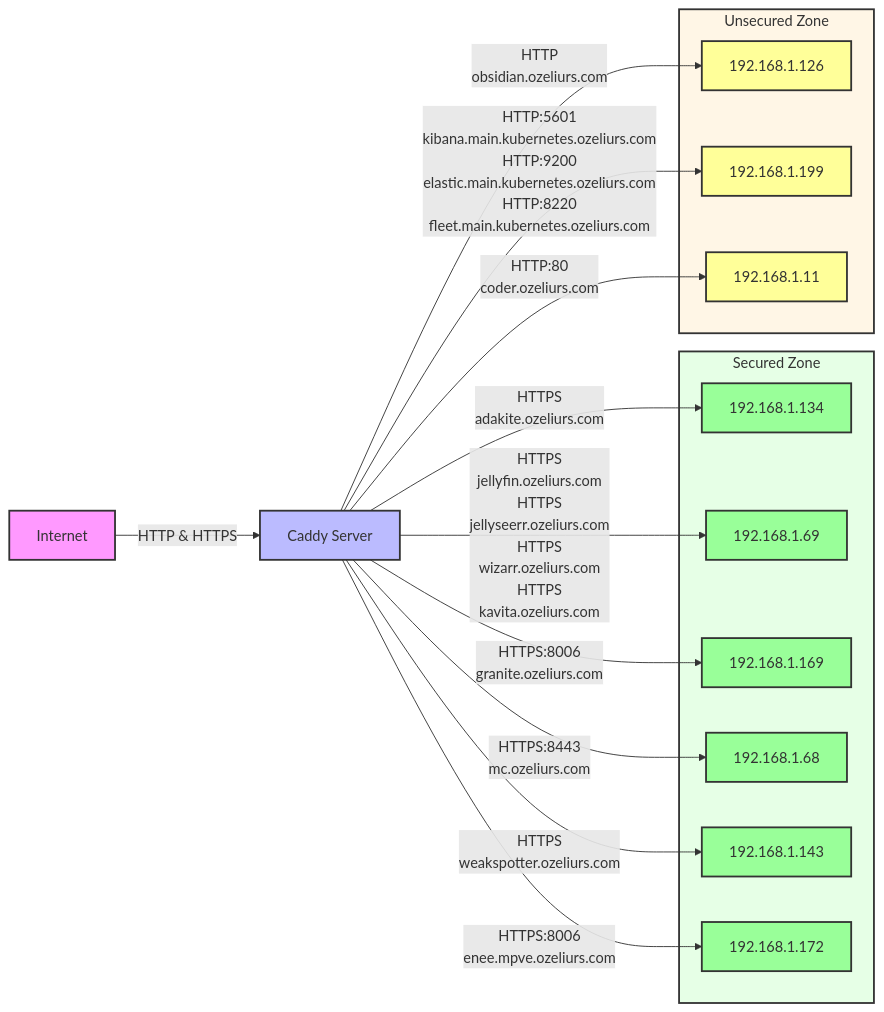
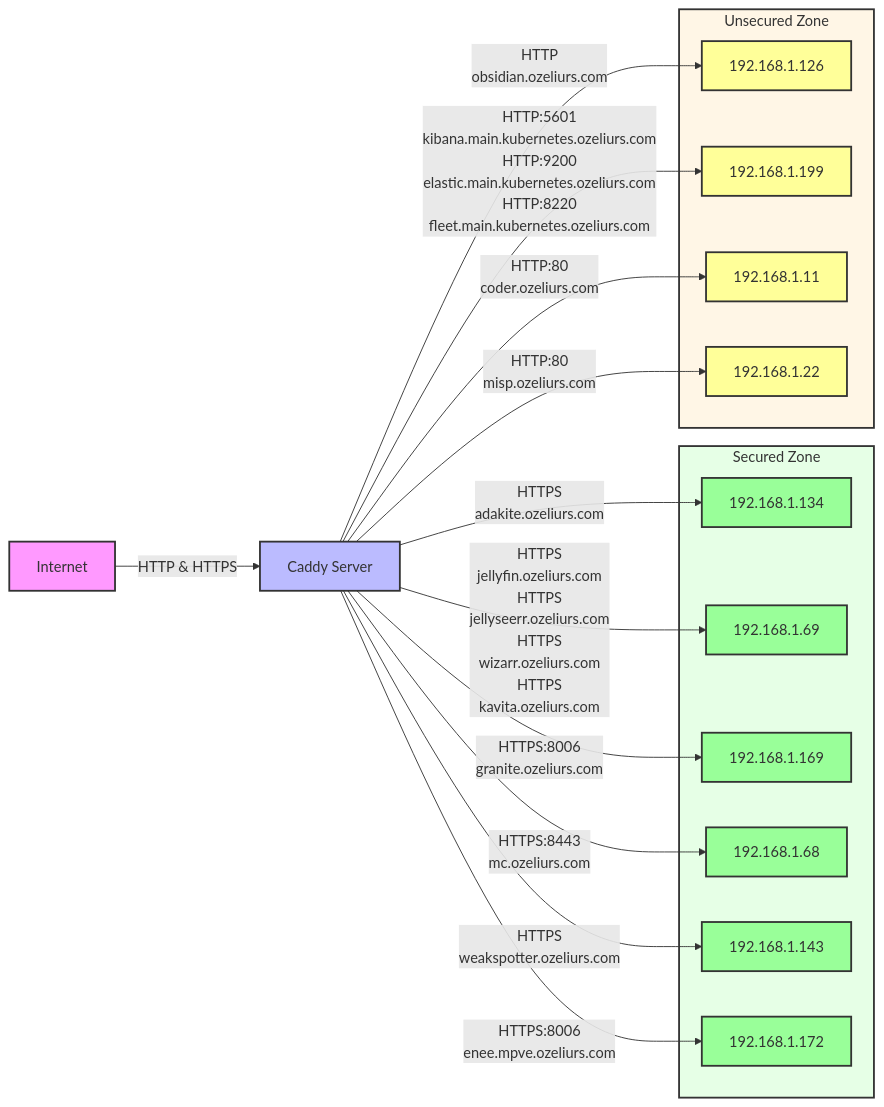
The diagram in README.md (ozeliurs/dc-reverse-proxy-config), drawn with Mermaid before and after one commit. The commit also changed 1 other file, not shown here.

Commit message:
Generate and update Caddyfile, Mermaid diagram, and Dockerfile

````diff
--- a/README.md
+++ b/README.md
@@ -34,57 +34,60 @@
 ```mermaid
 graph LR
     %% Style definitions
     classDef internet fill:#f9f,stroke:#333,stroke-width:2px;
     classDef proxy fill:#bbf,stroke:#333,stroke-width:2px;
     classDef backend fill:#bfb,stroke:#333,stroke-width:2px;
     classDef secure fill:#9f9,stroke:#333,stroke-width:2px;
     classDef unsecure fill:#ff9,stroke:#333,stroke-width:2px;
 
     %% Nodes
     I[Internet]
     C[Caddy Server]
 
     %% Apply styles
     class I internet
     class C proxy
 
     %% Base connections
     I -->|HTTP & HTTPS| C
 
     %% Backend groups
     subgraph Secured[Secured Zone]
         style Secured fill:#e6ffe6,stroke:#333,stroke-width:2px
         S0[192.168.1.134]
         class S0 secure
         S1[192.168.1.69]
         class S1 secure
         S2[192.168.1.169]
         class S2 secure
         S3[192.168.1.68]
         class S3 secure
         S4[192.168.1.143]
         class S4 secure
         S5[192.168.1.172]
         class S5 secure
     end
 
     subgraph Unsecured[Unsecured Zone]
         style Unsecured fill:#fff6e6,stroke:#333,stroke-width:2px
         U0[192.168.1.126]
         class U0 unsecure
         U1[192.168.1.199]
         class U1 unsecure
         U2[192.168.1.11]
         class U2 unsecure
+        U3[192.168.1.22]
+        class U3 unsecure
     end
 
     C -->|HTTPS<br>adakite.ozeliurs.com| S0
     C -->|HTTPS<br>jellyfin.ozeliurs.com<br>HTTPS<br>jellyseerr.ozeliurs.com<br>HTTPS<br>wizarr.ozeliurs.com<br>HTTPS<br>kavita.ozeliurs.com| S1
     C -->|HTTPS:8006<br>granite.ozeliurs.com| S2
     C -->|HTTPS:8443<br>mc.ozeliurs.com| S3
     C -->|HTTP<br>obsidian.ozeliurs.com| U0
     C -->|HTTPS<br>weakspotter.ozeliurs.com| S4
     C -->|HTTP:5601<br>kibana.main.kubernetes.ozeliurs.com<br>HTTP:9200<br>elastic.main.kubernetes.ozeliurs.com<br>HTTP:8220<br>fleet.main.kubernetes.ozeliurs.com| U1
     C -->|HTTPS:8006<br>enee.mpve.ozeliurs.com| S5
     C -->|HTTP:80<br>coder.ozeliurs.com| U2
+    C -->|HTTP:80<br>misp.ozeliurs.com| U3
 ```
````
